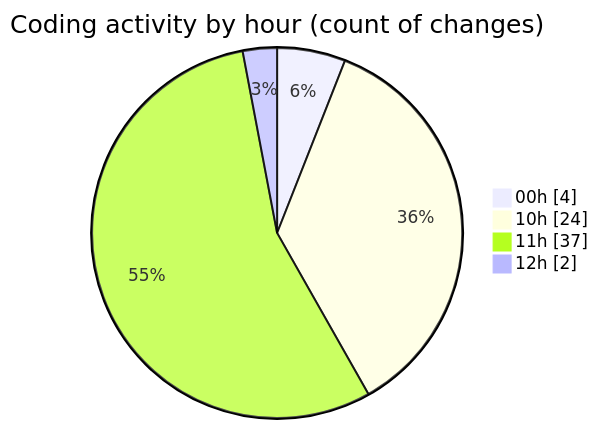
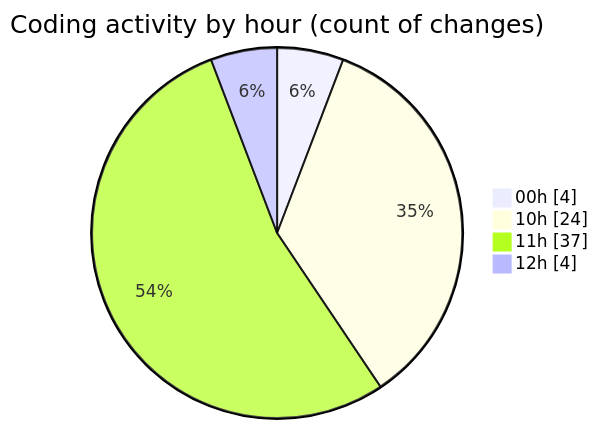
The second of 2 diagrams in 2025-04-04/back-end/README.md (Netris89/code-tracking), drawn with Mermaid before and after one commit. The commit also changed other lines of this file and 1 other file, not shown here.

````diff
--- a/2025-04-04/back-end/README.md
+++ b/2025-04-04/back-end/README.md
@@ -38,8 +38,8 @@
 ```mermaid
 pie showData
 title Coding activity by hour (count of changes)
 "00h" : 4
 "10h" : 24
 "11h" : 37
-"12h" : 2
+"12h" : 4
 ```
````
